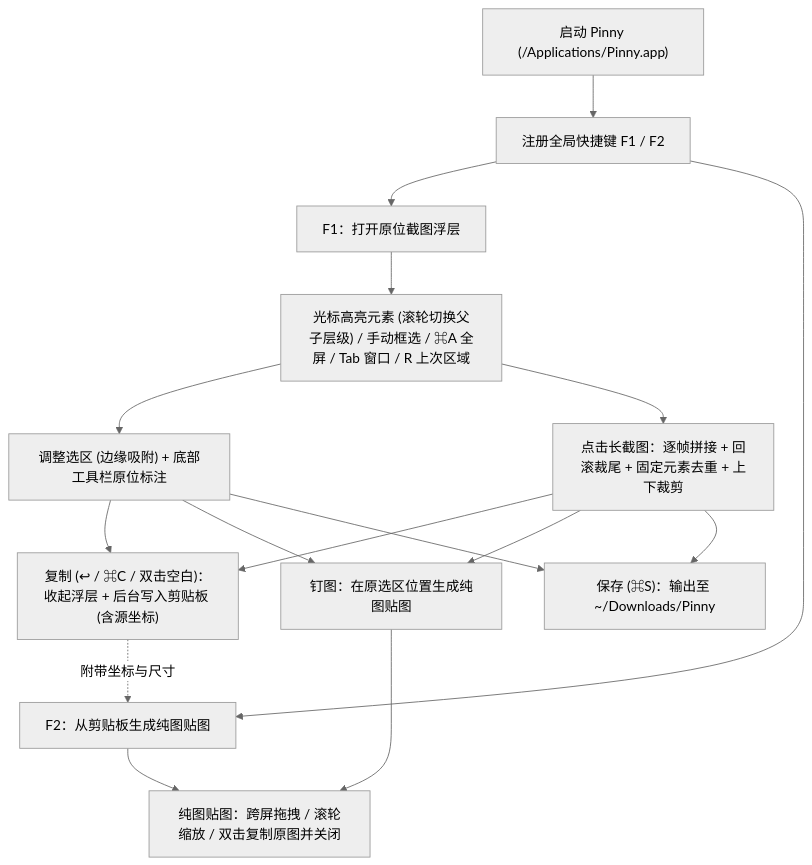
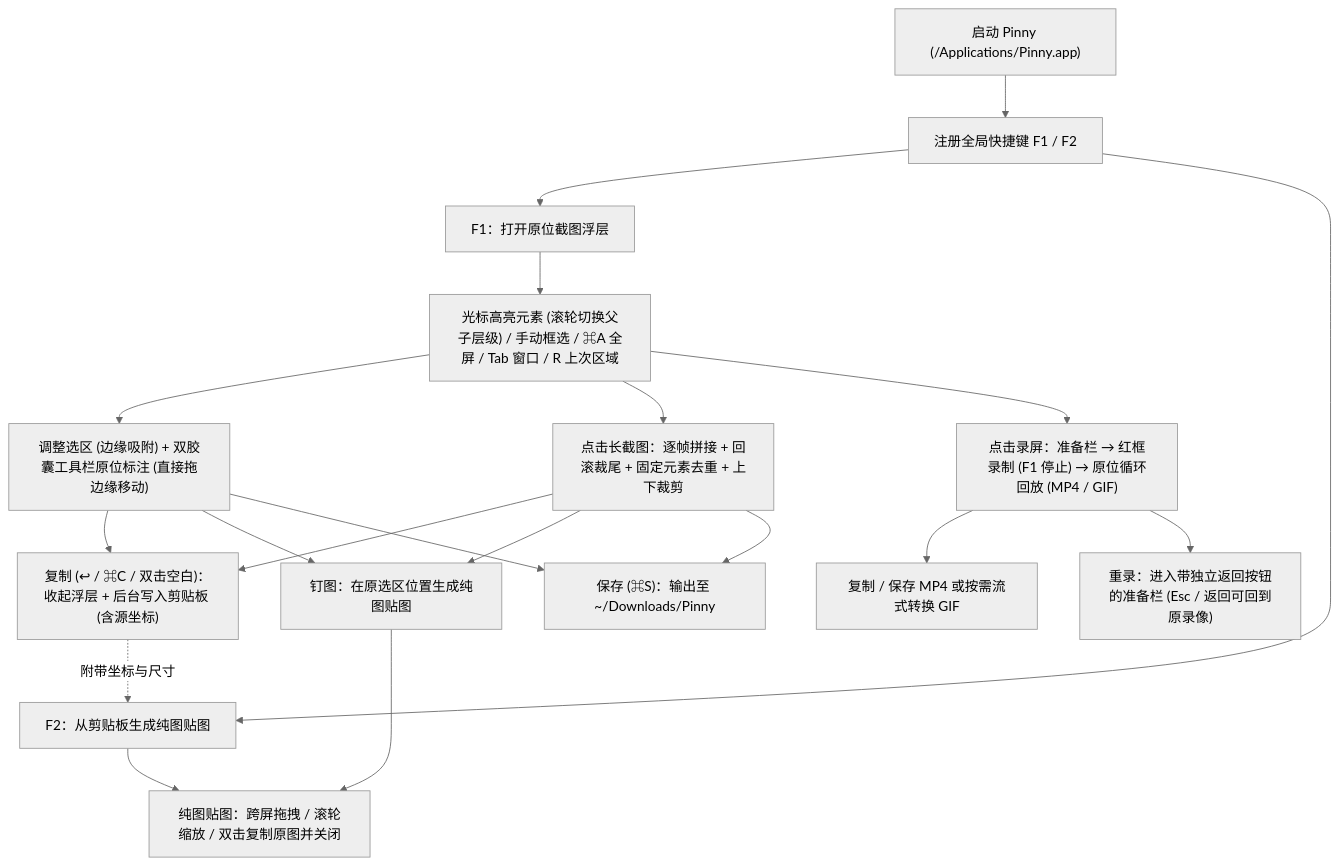
Before and after one commit to realruian/Pinny: the diagram in docs/README.md, drawn with Mermaid (neutral theme). The commit also changed other lines of this file and 18 other files, not shown here.

````diff
--- a/docs/README.md
+++ b/docs/README.md
@@ -42,22 +44,26 @@
 ```mermaid
 flowchart TD
     A["启动 Pinny (/Applications/Pinny.app)"] --> B["注册全局快捷键 F1 / F2"]
     B --> C["F1：打开原位截图浮层"]
     B --> D["F2：从剪贴板生成纯图贴图"]
 
     C --> E["光标高亮元素 (滚轮切换父子层级) / 手动框选 / ⌘A 全屏 / Tab 窗口 / R 上次区域"]
-    E --> F["调整选区 (边缘吸附) + 底部工具栏原位标注"]
+    E --> F["调整选区 (边缘吸附) + 双胶囊工具栏原位标注 (直接拖边缘移动)"]
     E --> L["点击长截图：逐帧拼接 + 回滚裁尾 + 固定元素去重 + 上下裁剪"]
+    E --> R["点击录屏：准备栏 → 红框录制 (F1 停止) → 原位循环回放 (MP4 / GIF)"]
 
     F --> G["复制 (↩ / ⌘C / 双击空白)：收起浮层 + 后台写入剪贴板 (含源坐标)"]
     F --> H["钉图：在原选区位置生成纯图贴图"]
     F --> I["保存 (⌘S)：输出至 ~/Downloads/Pinny"]
 
     L --> G
     L --> H
     L --> I
 
+    R --> RG["复制 / 保存 MP4 或按需流式转换 GIF"]
+    R --> RR["重录：进入带独立返回按钮的准备栏 (Esc / 返回可回到原录像)"]
+
     G -. "附带坐标与尺寸" .-> D
     H --> J["纯图贴图：跨屏拖拽 / 滚轮缩放 / 双击复制原图并关闭"]
     D --> J
 ```
````
